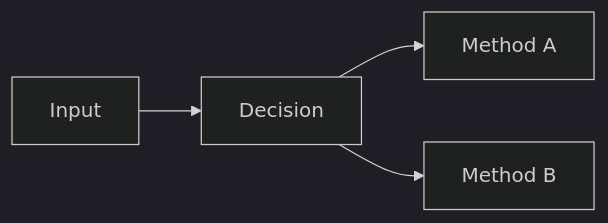
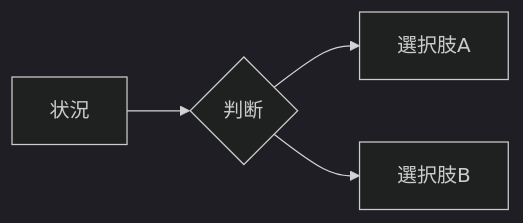
The diagram in .agents/skills/kaggle-research/references/wiki-template.md (morikazu1119/Kagglecture), drawn with Mermaid (dark theme) before and after one commit. The commit also changed other lines of this file, not shown here.

````diff
--- a/.agents/skills/kaggle-research/references/wiki-template.md
+++ b/.agents/skills/kaggle-research/references/wiki-template.md
@@ -42,6 +39,6 @@
 ```mermaid
 flowchart LR
-    A[Input] --> B[Decision]
-    B --> C[Method A]
-    B --> D[Method B]
+    A[状況] --> B{判断}
+    B --> C[選択肢A]
+    B --> D[選択肢B]
 ```
````
